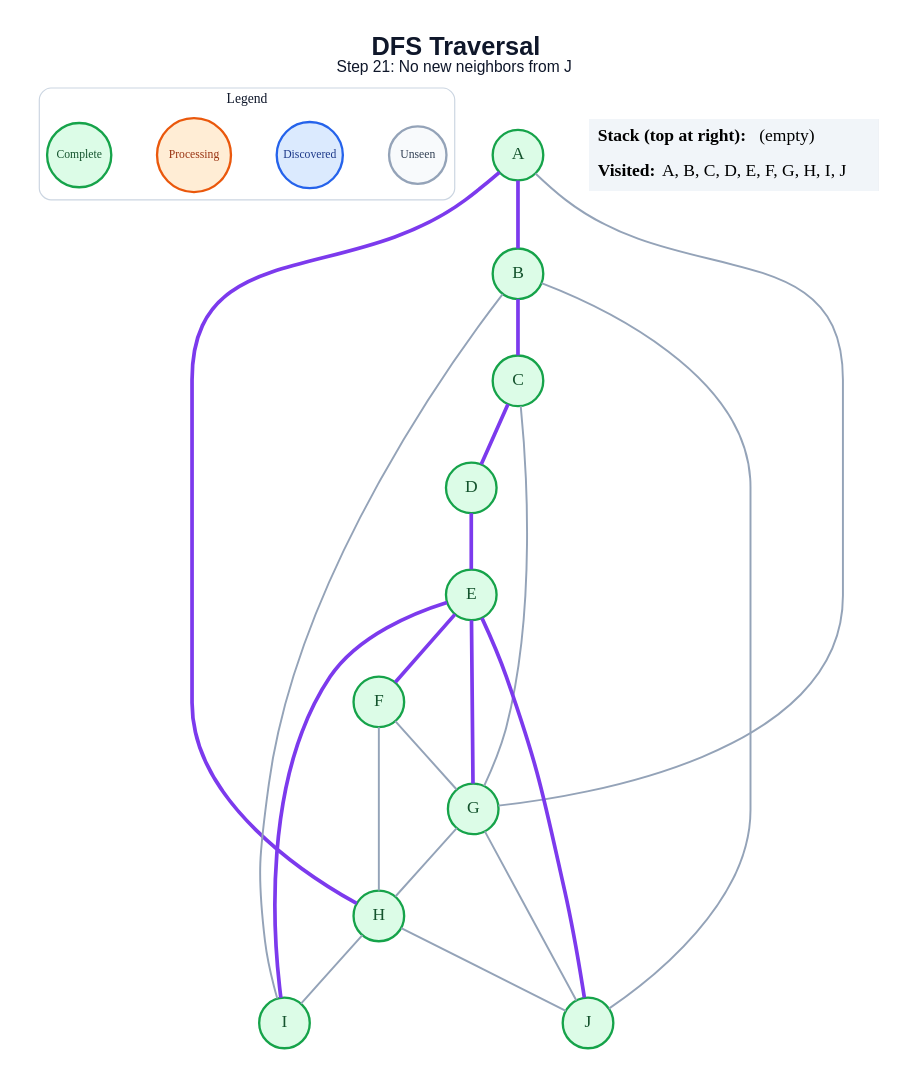
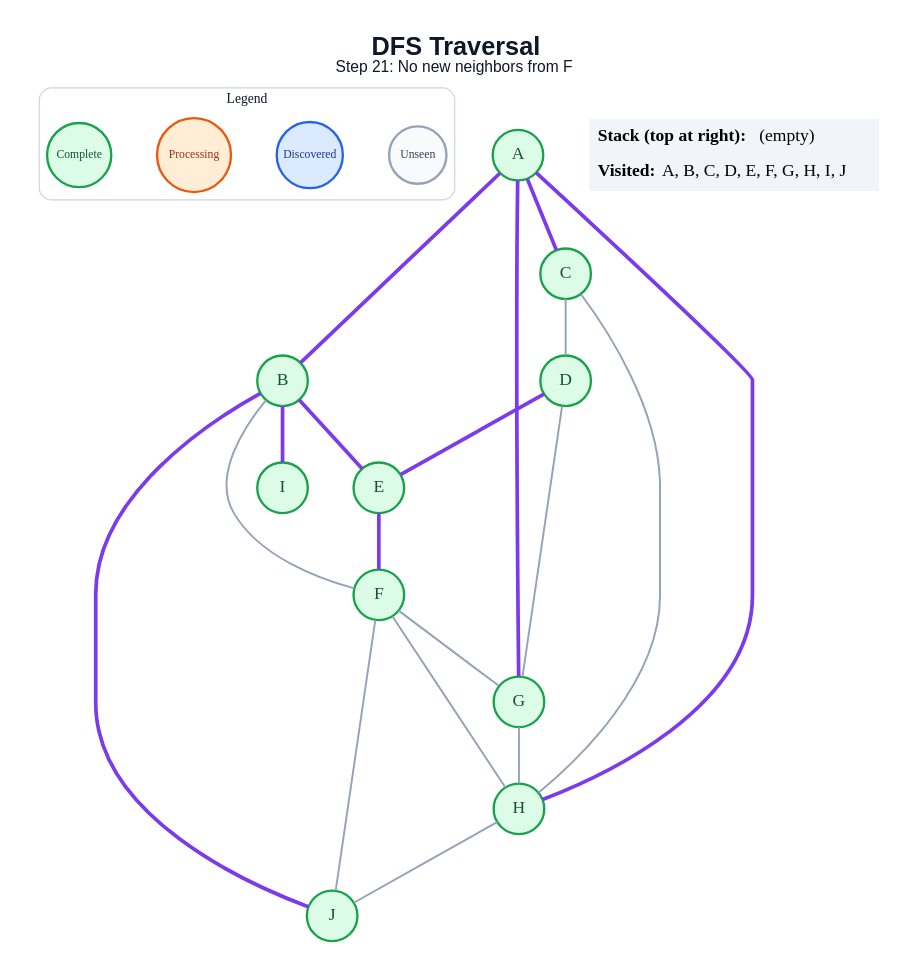
Before and after one commit to anon7238593-create/ai-slop: the diagram in generated/specific-node/dfs/step_21.dot, drawn with Graphviz. The commit also changed 178 other files, not shown here.

```diff
--- a/generated/specific-node/dfs/step_21.dot
+++ b/generated/specific-node/dfs/step_21.dot
@@ -1,48 +1,47 @@
 graph traversal {
   graph [layout=dot, rankdir=TB, bgcolor="#FFFFFF", pad="0.35", nodesep="0.65", ranksep="0.8", fontname="Arial"];
   node [shape=circle, style="filled", fontname="Arial Bold", fontsize=18, width=0.72, fixedsize=true, penwidth=2.4];
   edge [color="#94A3B8", penwidth=2.0];
-  label=<<B>DFS Traversal</B><BR/><FONT POINT-SIZE="16">Step 21: No new neighbors from J</FONT>>; labelloc="t"; fontsize=26; fontname="Arial"; fontcolor="#0F172A";
+  label=<<B>DFS Traversal</B><BR/><FONT POINT-SIZE="16">Step 21: No new neighbors from F</FONT>>; labelloc="t"; fontsize=26; fontname="Arial"; fontcolor="#0F172A";
   subgraph cluster_legend { label="Legend"; color="#CBD5E1"; penwidth=1.2; style="rounded"; fontsize=14; fontname="Arial Bold";
     key_unseen [label="Unseen", fillcolor="#F8FAFC", color="#94A3B8", fontcolor="#334155", fontsize=12, width=0.82];
     key_frontier [label="Discovered", fillcolor="#DBEAFE", color="#2563EB", fontcolor="#1E3A8A", fontsize=12, width=0.95];
     key_current [label="Processing", fillcolor="#FFEDD5", color="#EA580C", fontcolor="#9A3412", fontsize=12, width=1.05];
     key_done [label="Complete", fillcolor="#DCFCE7", color="#16A34A", fontcolor="#14532D", fontsize=12, width=0.92];
     { rank=same; key_unseen; key_frontier; key_current; key_done; }
   }
   A [fillcolor="#DCFCE7", color="#16A34A", fontcolor="#14532D"];
   B [fillcolor="#DCFCE7", color="#16A34A", fontcolor="#14532D"];
   C [fillcolor="#DCFCE7", color="#16A34A", fontcolor="#14532D"];
   D [fillcolor="#DCFCE7", color="#16A34A", fontcolor="#14532D"];
   E [fillcolor="#DCFCE7", color="#16A34A", fontcolor="#14532D"];
   F [fillcolor="#DCFCE7", color="#16A34A", fontcolor="#14532D"];
   G [fillcolor="#DCFCE7", color="#16A34A", fontcolor="#14532D"];
   H [fillcolor="#DCFCE7", color="#16A34A", fontcolor="#14532D"];
   I [fillcolor="#DCFCE7", color="#16A34A", fontcolor="#14532D"];
   J [fillcolor="#DCFCE7", color="#16A34A", fontcolor="#14532D"];
   A -- B [color="#7C3AED", penwidth=3.8];
-  A -- G;
+  A -- C [color="#7C3AED", penwidth=3.8];
+  A -- G [color="#7C3AED", penwidth=3.8];
   A -- H [color="#7C3AED", penwidth=3.8];
-  B -- C [color="#7C3AED", penwidth=3.8];
-  B -- I;
-  B -- J;
-  C -- D [color="#7C3AED", penwidth=3.8];
-  C -- G;
+  B -- E [color="#7C3AED", penwidth=3.8];
+  B -- F;
+  B -- I [color="#7C3AED", penwidth=3.8];
+  B -- J [color="#7C3AED", penwidth=3.8];
+  C -- D;
+  C -- H;
   D -- E [color="#7C3AED", penwidth=3.8];
+  D -- G;
   E -- F [color="#7C3AED", penwidth=3.8];
-  E -- G [color="#7C3AED", penwidth=3.8];
-  E -- I [color="#7C3AED", penwidth=3.8];
-  E -- J [color="#7C3AED", penwidth=3.8];
   F -- G;
   F -- H;
+  F -- J;
   G -- H;
-  G -- J;
-  H -- I;
   H -- J;
   status [shape=plain, fixedsize=false, width=0, height=0, margin=0, label=<
     <TABLE BORDER="0" CELLBORDER="0" CELLPADDING="7" BGCOLOR="#F1F5F9">
       <TR><TD ALIGN="LEFT"><B>Stack (top at right):</B> (empty)</TD></TR>
       <TR><TD ALIGN="LEFT"><B>Visited:</B> A, B, C, D, E, F, G, H, I, J</TD></TR>
     </TABLE>
   >];
 }
```
